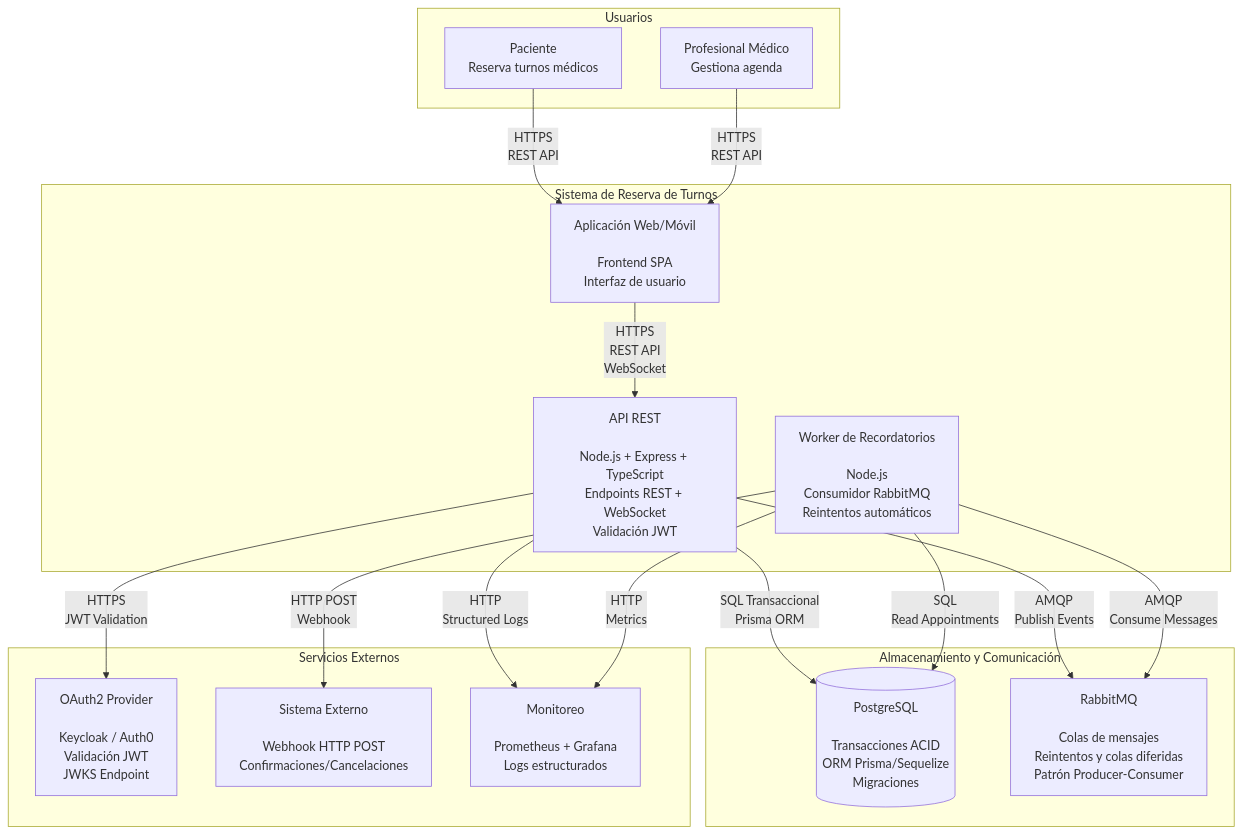
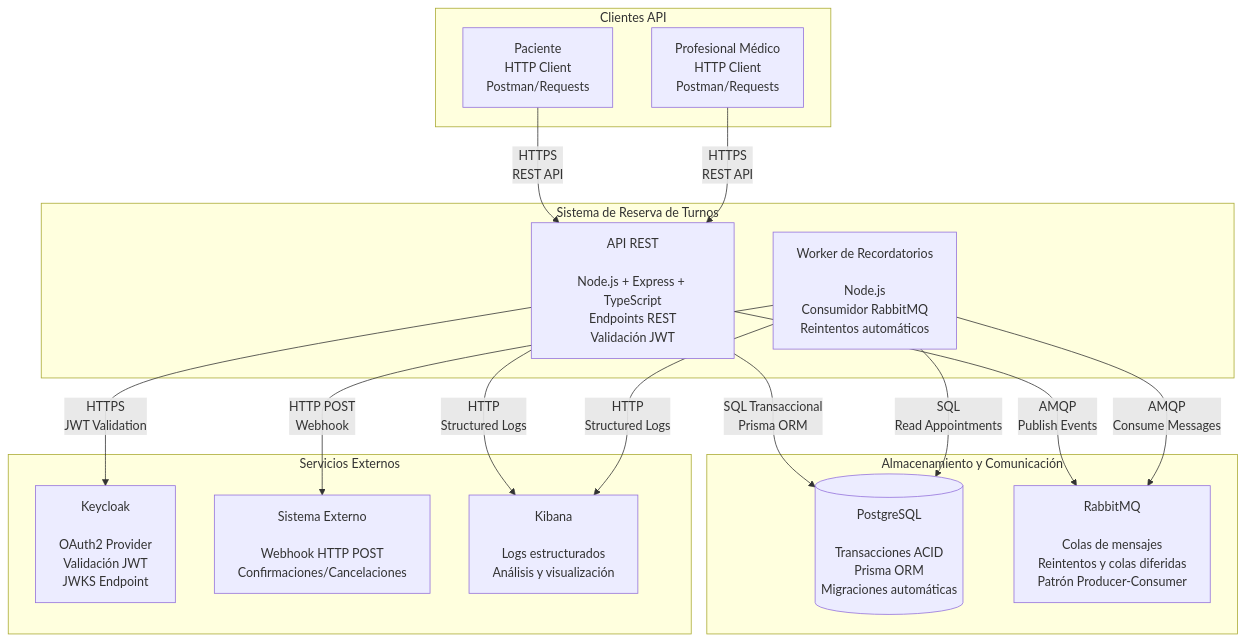
The second of 5 diagrams in READ_ME.md (PaezFrancisco/tp-iaew-2025), drawn with Mermaid before and after one commit. The commit also changed other lines of this file, not shown here.

````diff
--- a/READ_ME.md
+++ b/READ_ME.md
@@ -47,39 +51,36 @@
 ```mermaid
 graph TB
-    subgraph "Usuarios"
-        Patient[Paciente<br/>Reserva turnos médicos]
-        Professional[Profesional Médico<br/>Gestiona agenda]
+    subgraph "Clientes API"
+        Patient[Paciente<br/>HTTP Client<br/>Postman/Requests]
+        Professional[Profesional Médico<br/>HTTP Client<br/>Postman/Requests]
     end
     
     subgraph "Sistema de Reserva de Turnos"
-        WebApp[Aplicación Web/Móvil<br/><br/>Frontend SPA<br/>Interfaz de usuario]
-        API[API REST<br/><br/>Node.js + Express + TypeScript<br/>Endpoints REST + WebSocket<br/>Validación JWT]
+        API[API REST<br/><br/>Node.js + Express + TypeScript<br/>Endpoints REST<br/>Validación JWT]
         Worker[Worker de Recordatorios<br/><br/>Node.js<br/>Consumidor RabbitMQ<br/>Reintentos automáticos]
     end
     
     subgraph "Almacenamiento y Comunicación"
-        Database[(PostgreSQL<br/><br/>Transacciones ACID<br/>ORM Prisma/Sequelize<br/>Migraciones)]
+        Database[(PostgreSQL<br/><br/>Transacciones ACID<br/>Prisma ORM<br/>Migraciones automáticas)]
         MessageBroker[RabbitMQ<br/><br/>Colas de mensajes<br/>Reintentos y colas diferidas<br/>Patrón Producer-Consumer]
     end
     
     subgraph "Servicios Externos"
-        AuthProvider[OAuth2 Provider<br/><br/>Keycloak / Auth0<br/>Validación JWT<br/>JWKS Endpoint]
+        AuthProvider[Keycloak<br/><br/>OAuth2 Provider<br/>Validación JWT<br/>JWKS Endpoint]
         ExternalSystem[Sistema Externo<br/><br/>Webhook HTTP POST<br/>Confirmaciones/Cancelaciones]
-        Monitoring[Monitoreo<br/><br/>Prometheus + Grafana<br/>Logs estructurados]
+        Kibana[Kibana<br/><br/>Logs estructurados<br/>Análisis y visualización]
     end
     
-    Patient -->|"HTTPS<br/>REST API"| WebApp
-    Professional -->|"HTTPS<br/>REST API"| WebApp
-    
-    WebApp -->|"HTTPS<br/>REST API<br/>WebSocket"| API
+    Patient -->|"HTTPS<br/>REST API"| API
+    Professional -->|"HTTPS<br/>REST API"| API
     
     API -->|"SQL Transaccional<br/>Prisma ORM"| Database
     API -->|"AMQP<br/>Publish Events"| MessageBroker
     API -->|"HTTPS<br/>JWT Validation"| AuthProvider
-    API -->|"HTTP<br/>Structured Logs"| Monitoring
+    API -->|"HTTP<br/>Structured Logs"| Kibana
     
     Worker -->|"AMQP<br/>Consume Messages"| MessageBroker
     Worker -->|"SQL<br/>Read Appointments"| Database
     Worker -->|"HTTP POST<br/>Webhook"| ExternalSystem
-    Worker -->|"HTTP<br/>Metrics"| Monitoring
+    Worker -->|"HTTP<br/>Structured Logs"| Kibana
 ```
````
